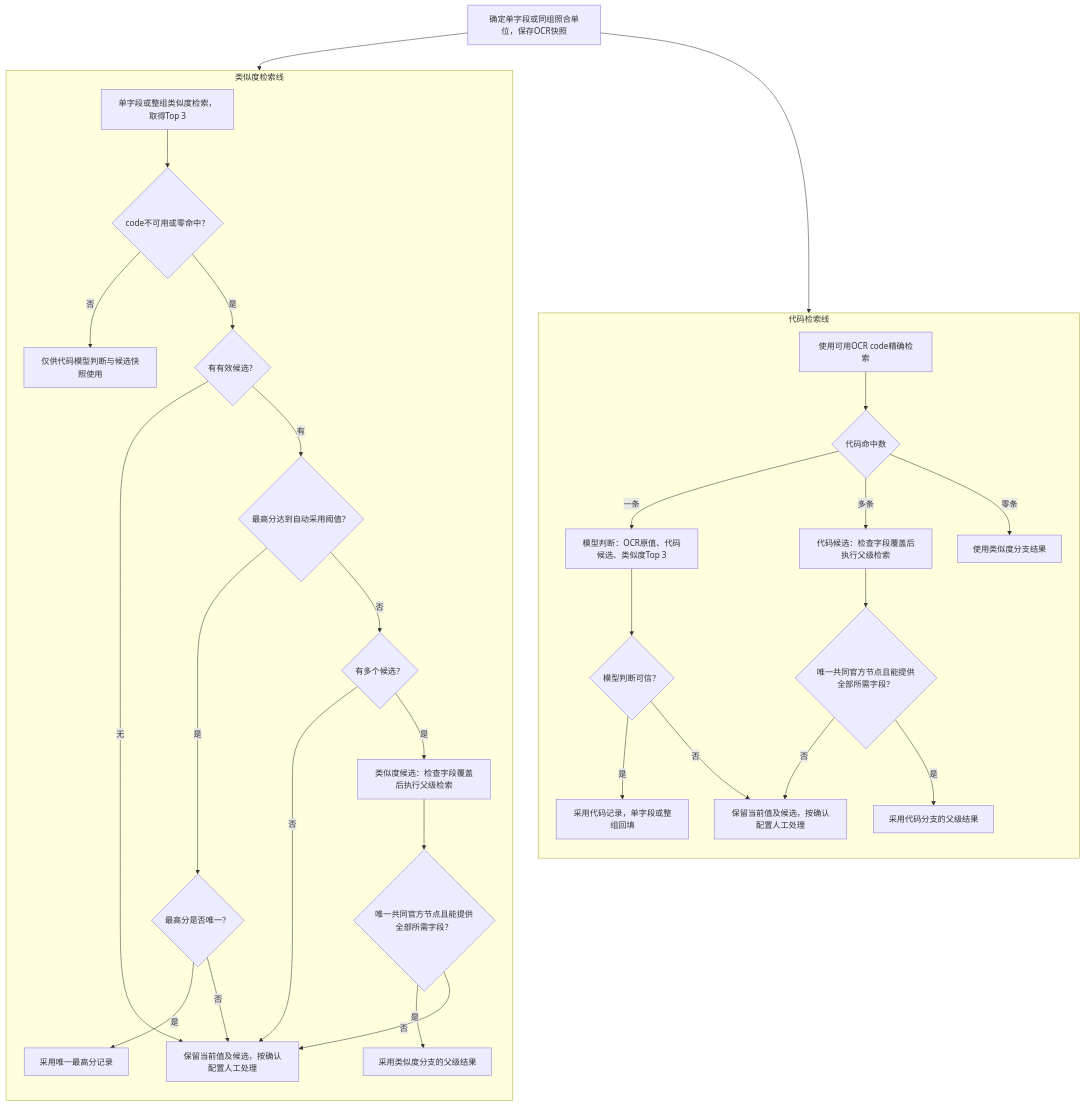
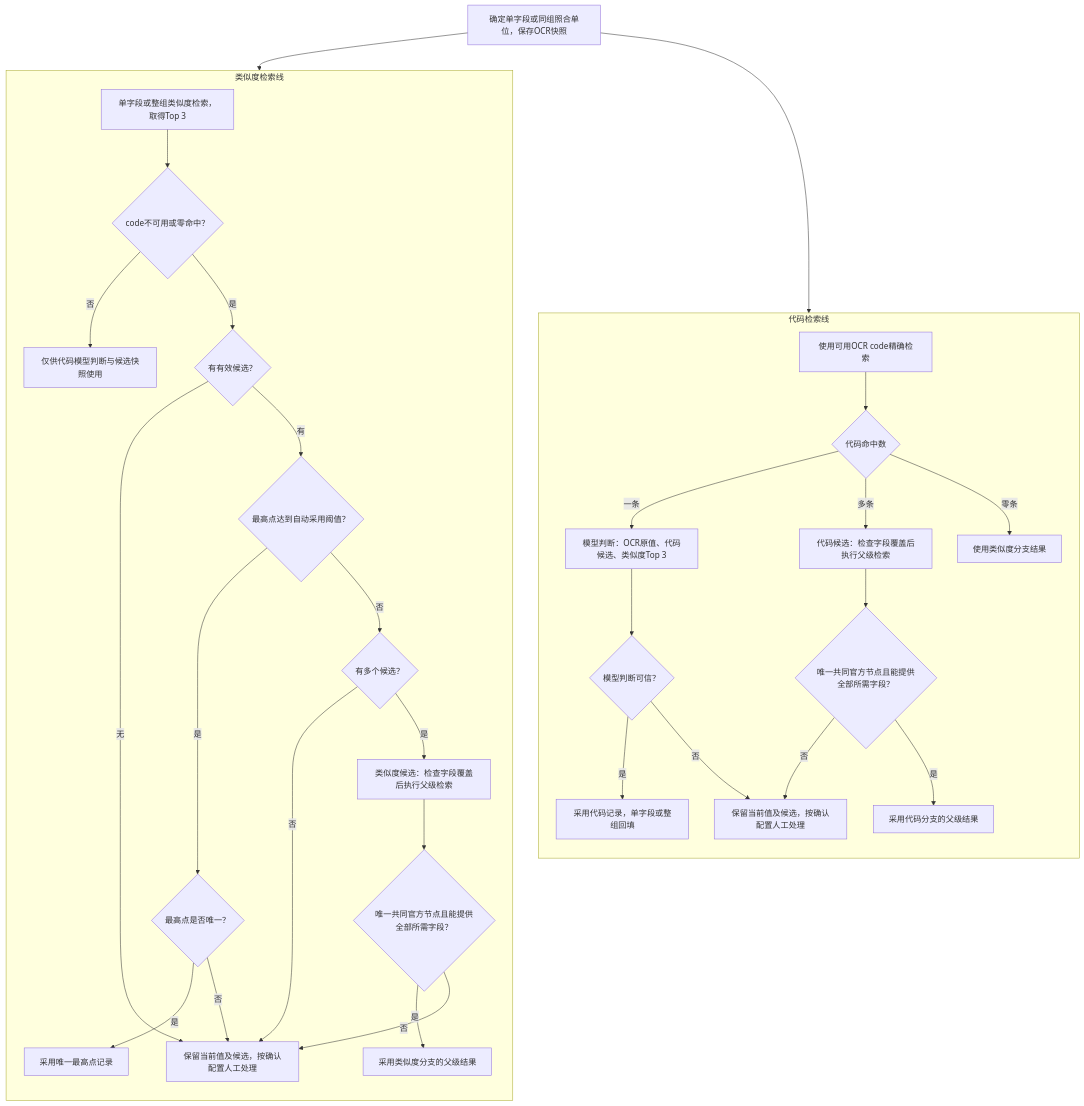
The fourth of 6 diagrams in PRD.zh-CN.md (aruirage/IDP-Ph3-Demo-PRD), drawn with Mermaid before and after one commit. The commit also changed other lines of this file and 4 other files, not shown here.

````diff
--- a/PRD.zh-CN.md
+++ b/PRD.zh-CN.md
@@ -521,35 +521,35 @@
 ```mermaid
 flowchart TB
     A["确定单字段或同组照合单位，保存OCR快照"] --> C0
     A --> S0
     subgraph CODE["代码检索线"]
       direction TB
       C0["使用可用OCR code精确检索"] --> C1{"代码命中数"}
       C1 -->|一条| CM["模型判断：OCR原值、代码候选、类似度Top 3"]
       CM --> CT{"模型判断可信？"}
       CT -->|是| CA["采用代码记录，单字段或整组回填"]
       CT -->|否| CR["保留当前值及候选，按确认配置人工处理"]
       C1 -->|多条| CP["代码候选：检查字段覆盖后执行父级检索"]
       CP --> CF{"唯一共同官方节点且能提供全部所需字段？"}
       CF -->|是| CPA["采用代码分支的父级结果"]
       CF -->|否| CR
       C1 -->|零条| CZ["使用类似度分支结果"]
     end
     subgraph SIM["类似度检索线"]
       direction TB
       S0["单字段或整组类似度检索，取得Top 3"] --> SG{"code不可用或零命中？"}
       SG -->|否| SS["仅供代码模型判断与候选快照使用"]
       SG -->|是| S1{"有有效候选？"}
       S1 -->|无| SR["保留当前值及候选，按确认配置人工处理"]
-      S1 -->|有| ST{"最高分达到自动采用阈值？"}
-      ST -->|是| SU{"最高分是否唯一？"}
-      SU -->|是| SA["采用唯一最高分记录"]
+      S1 -->|有| ST{"最高点达到自动采用阈值？"}
+      ST -->|是| SU{"最高点是否唯一？"}
+      SU -->|是| SA["采用唯一最高点记录"]
       SU -->|否| SR
       ST -->|否| SN{"有多个候选？"}
       SN -->|否| SR
       SN -->|是| SP["类似度候选：检查字段覆盖后执行父级检索"]
       SP --> SF{"唯一共同官方节点且能提供全部所需字段？"}
       SF -->|是| SPA["采用类似度分支的父级结果"]
       SF -->|否| SR
     end
 ```
````
